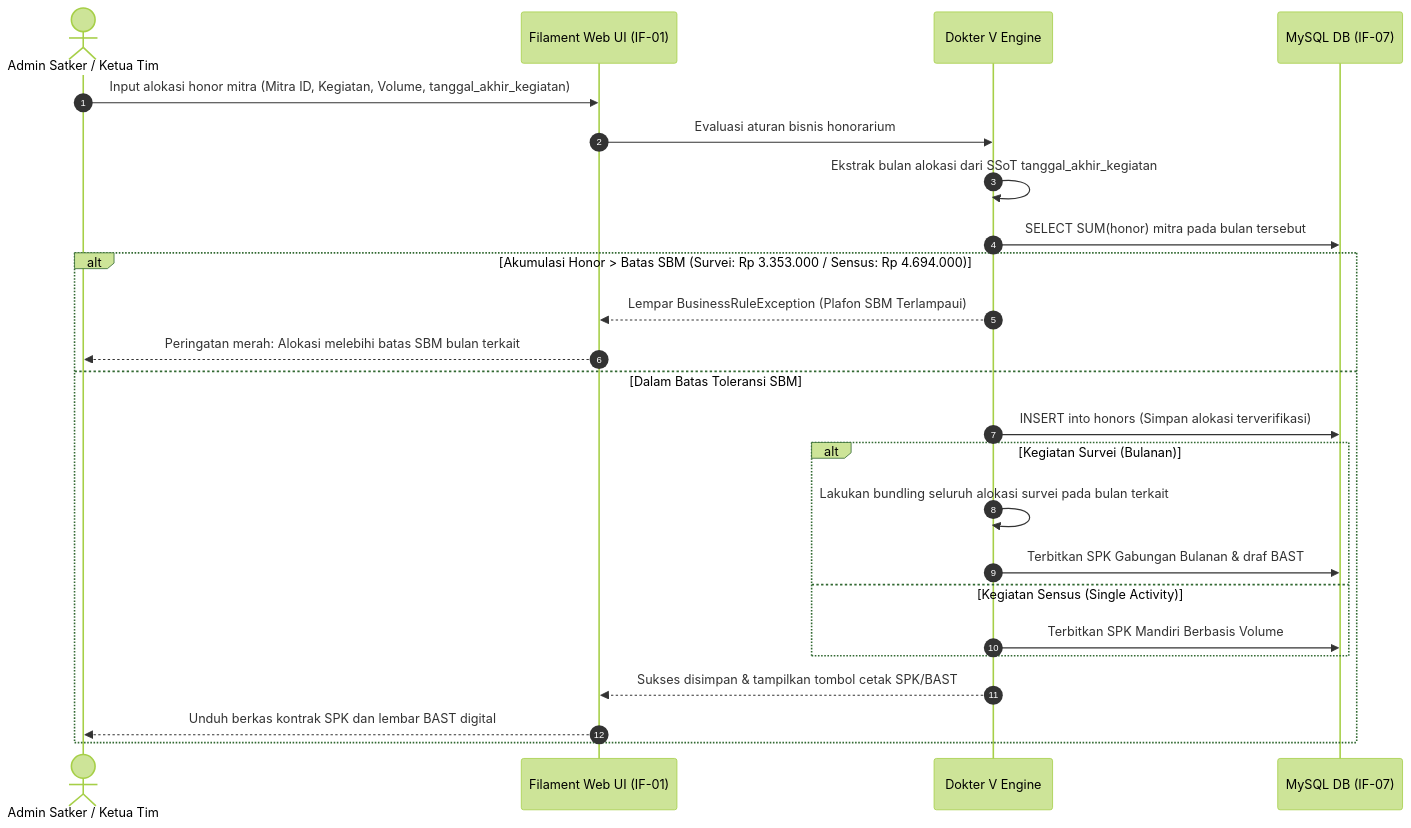
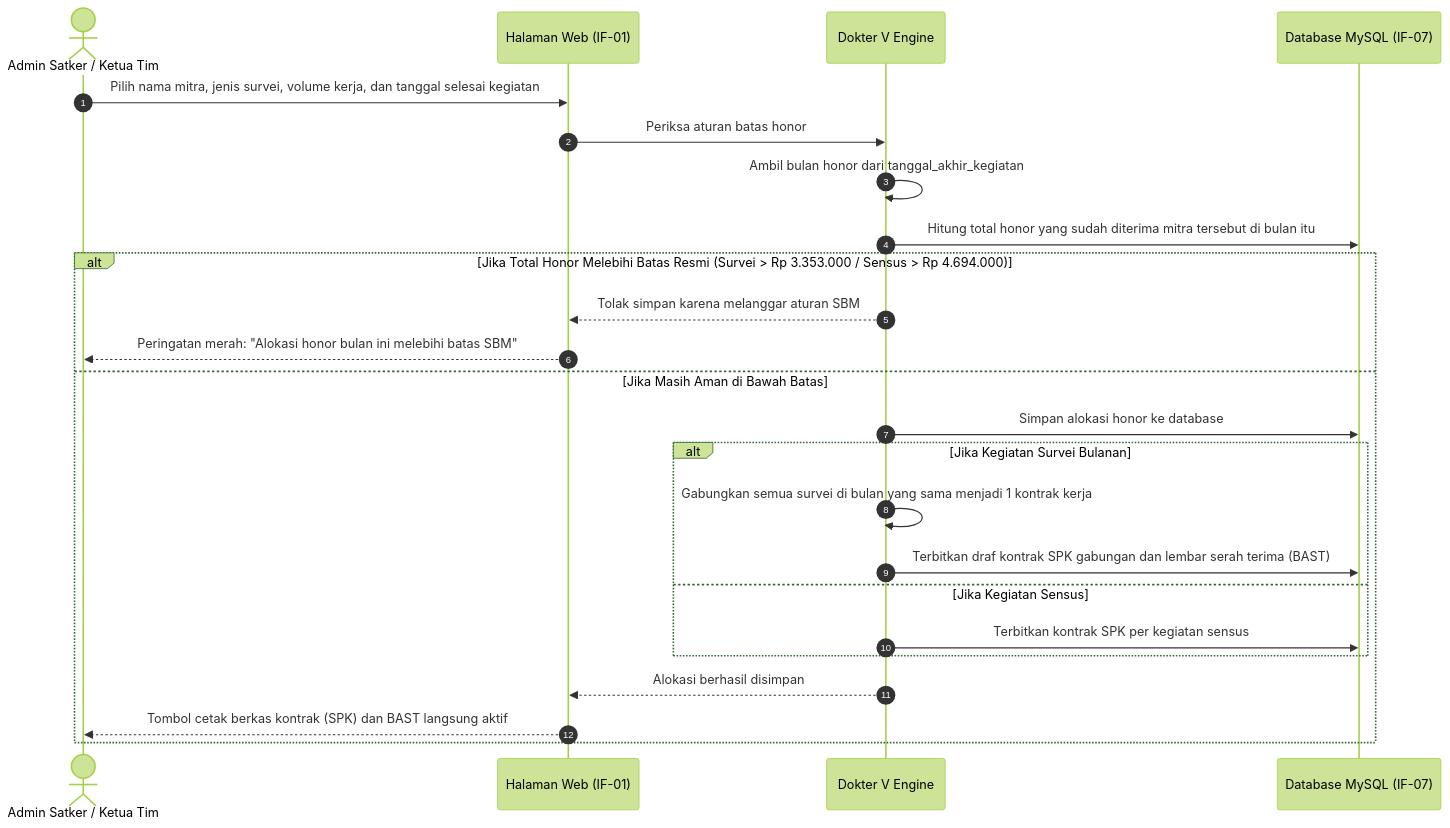
Before and after one commit to ihkaru/sipedas: the third of 4 diagrams in docs/architecture/06_runtime_view.md, drawn with Mermaid (forest theme). The commit also changed other lines of this file and 11 other files, not shown here.

Commit message:
docs(arc42): rewrite enterprise architecture documentation into crystal-clear plain Indonesian without jargon

````diff
--- a/docs/architecture/06_runtime_view.md
+++ b/docs/architecture/06_runtime_view.md
@@ -84,28 +84,28 @@
 ```mermaid
 sequenceDiagram
     autonumber
     actor Admin as Admin Satker / Ketua Tim
-    participant UI as Filament Web UI (IF-01)
+    participant UI as Halaman Web (IF-01)
     participant DokterV as Dokter V Engine
-    participant DB as MySQL DB (IF-07)
+    participant DB as Database MySQL (IF-07)
 
-    Admin->>UI: Input alokasi honor mitra (Mitra ID, Kegiatan, Volume, tanggal_akhir_kegiatan)
-    UI->>DokterV: Evaluasi aturan bisnis honorarium
-    DokterV->>DokterV: Ekstrak bulan alokasi dari SSoT tanggal_akhir_kegiatan
-    DokterV->>DB: SELECT SUM(honor) mitra pada bulan tersebut
+    Admin->>UI: Pilih nama mitra, jenis survei, volume kerja, dan tanggal selesai kegiatan
+    UI->>DokterV: Periksa aturan batas honor
+    DokterV->>DokterV: Ambil bulan honor dari tanggal_akhir_kegiatan
+    DokterV->>DB: Hitung total honor yang sudah diterima mitra tersebut di bulan itu
     
-    alt Akumulasi Honor > Batas SBM (Survei: Rp 3.353.000 / Sensus: Rp 4.694.000)
-        DokterV-->>UI: Lempar BusinessRuleException (Plafon SBM Terlampaui)
-        UI-->>Admin: Peringatan merah: Alokasi melebihi batas SBM bulan terkait
-    else Dalam Batas Toleransi SBM
-        DokterV->>DB: INSERT into honors (Simpan alokasi terverifikasi)
-        alt Kegiatan Survei (Bulanan)
-            DokterV->>DokterV: Lakukan bundling seluruh alokasi survei pada bulan terkait
-            DokterV->>DB: Terbitkan SPK Gabungan Bulanan & draf BAST
-        else Kegiatan Sensus (Single Activity)
-            DokterV->>DB: Terbitkan SPK Mandiri Berbasis Volume
+    alt Jika Total Honor Melebihi Batas Resmi (Survei > Rp 3.353.000 / Sensus > Rp 4.694.000)
+        DokterV-->>UI: Tolak simpan karena melanggar aturan SBM
+        UI-->>Admin: Peringatan merah: "Alokasi honor bulan ini melebihi batas SBM"
+    else Jika Masih Aman di Bawah Batas
+        DokterV->>DB: Simpan alokasi honor ke database
+        alt Jika Kegiatan Survei Bulanan
+            DokterV->>DokterV: Gabungkan semua survei di bulan yang sama menjadi 1 kontrak kerja
+            DokterV->>DB: Terbitkan draf kontrak SPK gabungan dan lembar serah terima (BAST)
+        else Jika Kegiatan Sensus
+            DokterV->>DB: Terbitkan kontrak SPK per kegiatan sensus
         end
-        DokterV-->>UI: Sukses disimpan & tampilkan tombol cetak SPK/BAST
-        UI-->>Admin: Unduh berkas kontrak SPK dan lembar BAST digital
+        DokterV-->>UI: Alokasi berhasil disimpan
+        UI-->>Admin: Tombol cetak berkas kontrak (SPK) dan BAST langsung aktif
     end
 ```
````
